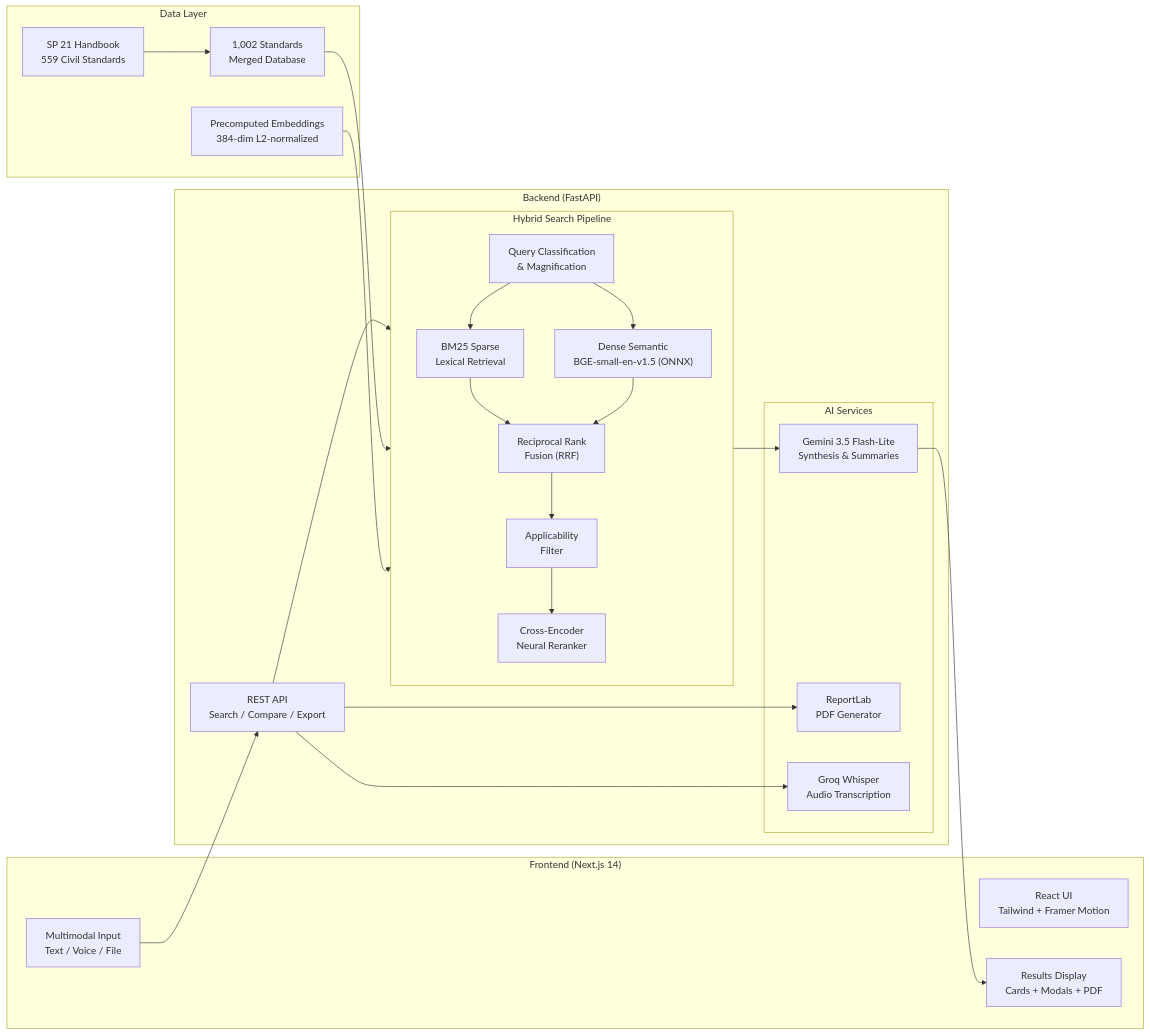
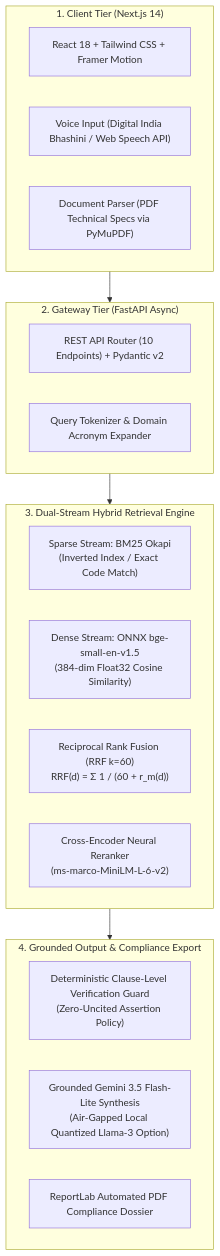
The first of 2 diagrams in README.md (fameXflame/BIS-AI), drawn with Mermaid before and after one commit. The commit also changed other lines of this file, not shown here.

Commit message:
docs: rework architecture, scale to 22,446 standards, and update Vercel deployment in README

````diff
--- a/README.md
+++ b/README.md
@@ -98,50 +70,28 @@
 ```mermaid
-flowchart LR
-    subgraph Frontend["Frontend (Next.js 14)"]
-        UI["React UI\nTailwind + Framer Motion"]
-        Input["Multimodal Input\nText / Voice / File"]
-        Display["Results Display\nCards + Modals + PDF"]
+flowchart TD
+    subgraph Client["1. Client Tier (Next.js 14)"]
+        UI["React 18 + Tailwind CSS + Framer Motion"]
+        Voice["Voice Input (Digital India Bhashini / Web Speech API)"]
+        Doc["Document Parser (PDF Technical Specs via PyMuPDF)"]
     end
 
-    subgraph Backend["Backend (FastAPI)"]
-        API["REST API\nSearch / Compare / Export"]
-
-        subgraph Pipeline["Hybrid Search Pipeline"]
-            direction TB
-            QC["Query Classification\n& Magnification"]
-            BM25["BM25 Sparse\nLexical Retrieval"]
-            Dense["Dense Semantic\nBGE-small-en-v1.5 (ONNX)"]
-            RRF["Reciprocal Rank\nFusion (RRF)"]
-            AF["Applicability\nFilter"]
-            CR["Cross-Encoder\nNeural Reranker"]
-        end
-
-        subgraph Services["AI Services"]
-            LLM["Gemini 3.5 Flash-Lite\nSynthesis & Summaries"]
-            PDF["ReportLab\nPDF Generator"]
-            Audio["Groq Whisper\nAudio Transcription"]
-        end
+    subgraph Gateway["2. Gateway Tier (FastAPI Async)"]
+        API["REST API Router (10 Endpoints) + Pydantic v2"]
+        QC["Query Tokenizer & Domain Acronym Expander"]
     end
 
-    subgraph Data["Data Layer"]
-        DB["1,002 Standards\nMerged Database"]
-        EMB["Precomputed Embeddings\n384-dim L2-normalized"]
-        SP21["SP 21 Handbook\n559 Civil Standards"]
+    subgraph Retrieval["3. Dual-Stream Hybrid Retrieval Engine"]
+        BM25["Sparse Stream: BM25 Okapi<br/>(Inverted Index / Exact Code Match)"]
+        Dense["Dense Stream: ONNX bge-small-en-v1.5<br/>(384-dim Float32 Cosine Similarity)"]
+        RRF["Reciprocal Rank Fusion (RRF k=60)<br/>RRF(d) = &Sigma; 1 / (60 + r_m(d))"]
+        Rerank["Cross-Encoder Neural Reranker<br/>(ms-marco-MiniLM-L-6-v2)"]
     end
 
-    Input --> API
-    API --> QC
-    QC --> BM25
-    QC --> Dense
-    BM25 --> RRF
-    Dense --> RRF
-    RRF --> AF
-    AF --> CR
-    CR --> LLM
-    LLM --> Display
-    API --> PDF
-    API --> Audio
-    DB --> BM25
-    EMB --> Dense
-    SP21 --> DB
+    subgraph Output["4. Grounded Output & Compliance Export"]
+        Guard["Deterministic Clause-Level Verification Guard<br/>(Zero-Uncited Assertion Policy)"]
+        LLM["Grounded Gemini 3.5 Flash-Lite Synthesis<br/>(Air-Gapped Local Quantized Llama-3 Option)"]
+        PDF["ReportLab Automated PDF Compliance Dossier"]
+    end
+
+    Client --> Gateway --> Retrieval --> Output
 ```
````
